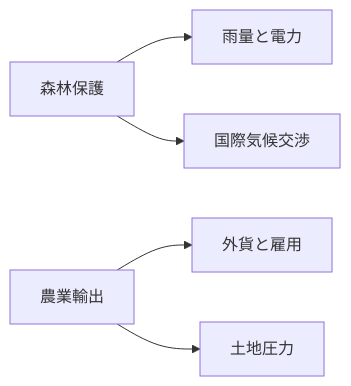
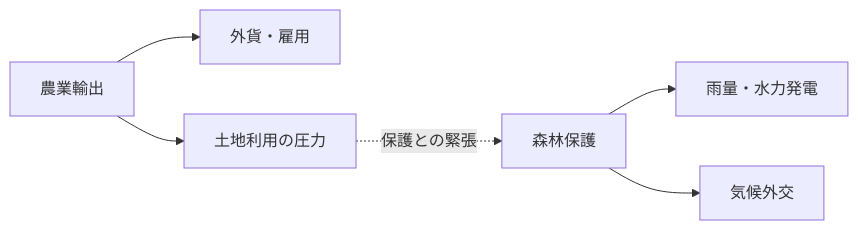
Before and after one commit to daylight55/research: the third of 4 diagrams in articles/report/brazil-geopolitical-profile/ja/index.mdx, drawn with Mermaid. The commit also changed other lines of this file and 181 other files, not shown here.

First line of the commit message:
全記事の図解368点を再生成し、共通注意書きを削除 (#402)

````diff
--- a/articles/report/brazil-geopolitical-profile/ja/index.mdx
+++ b/articles/report/brazil-geopolitical-profile/ja/index.mdx
@@ -101,7 +110,16 @@
 ```mermaid
 flowchart LR
-  A["森林保護"] --> B["雨量と電力"]
-  A --> C["国際気候交渉"]
-  D["農業輸出"] --> E["外貨と雇用"]
-  D --> F["土地圧力"]
+  accTitle: 森林保護と農業輸出が接する土地利用
+  accDescr: 森林は雨量・電力・気候交渉に、農業輸出は外貨・雇用・土地利用に関わる。
+  N0["森林保護"]
+  N1["雨量・水力発電"]
+  N2["気候外交"]
+  N3["農業輸出"]
+  N4["外貨・雇用"]
+  N5["土地利用の圧力"]
+  N0 --> N1
+  N0 --> N2
+  N3 --> N4
+  N3 --> N5
+  N5 -.->|保護との緊張| N0
 ```
````
